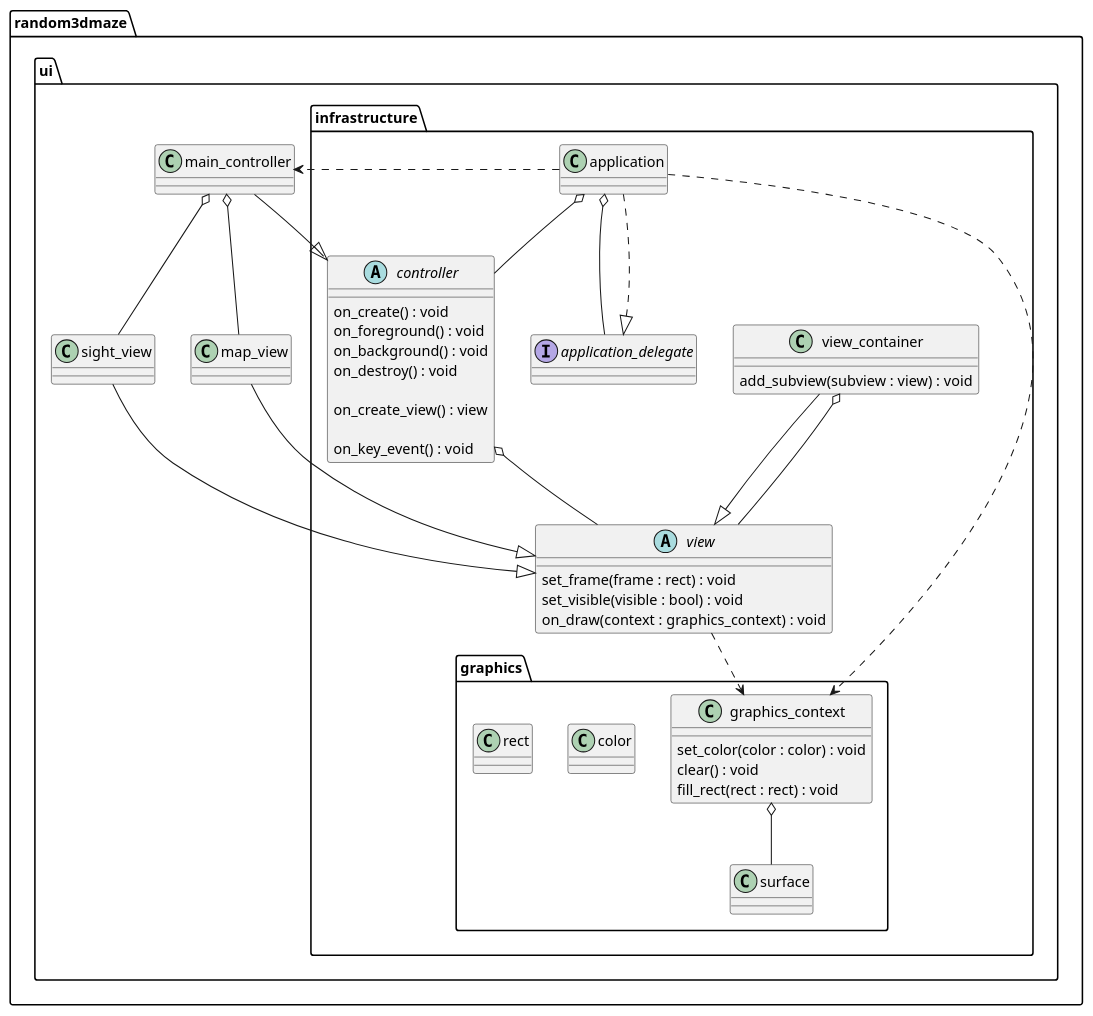
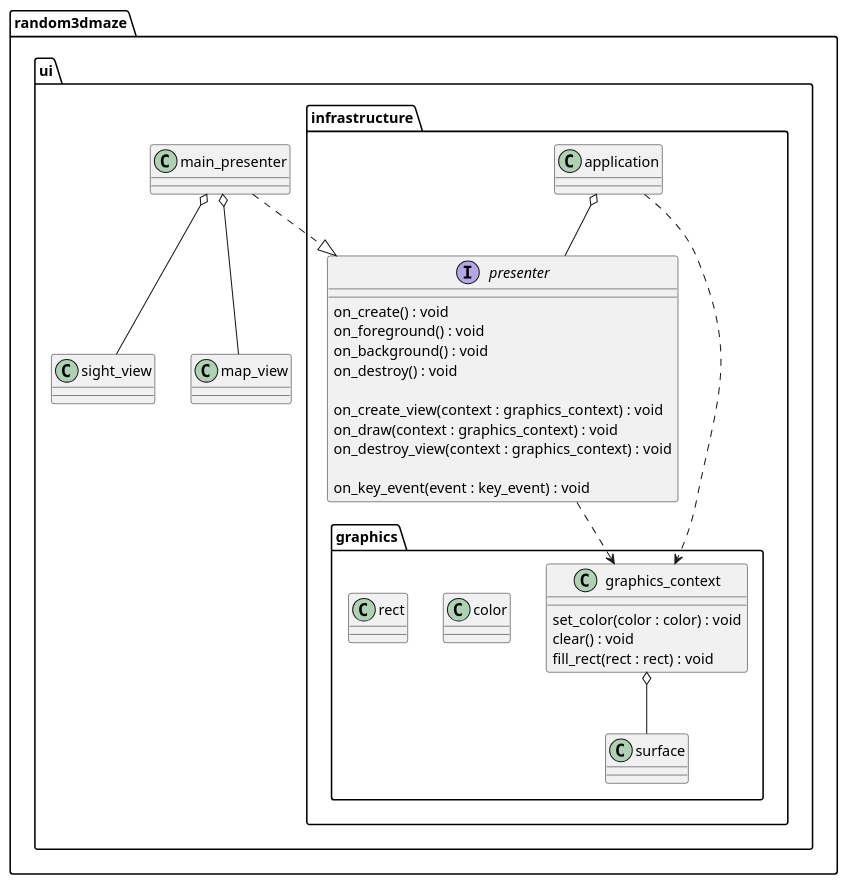
One commit to portown/Random3dMaze changed the diagram in doc/ui_architecture.plantuml. Above: the diagram before and after it, drawn with PlantUML.

Commit message:
Simplify the UI architecture

```diff
--- a/doc/ui_architecture.plantuml
+++ b/doc/ui_architecture.plantuml
@@ -1,71 +1,50 @@
 @startuml
 
 namespace random3dmaze {
   namespace ui {
     namespace infrastructure {
-      interface application_delegate {
-      }
-
-      abstract class controller {
+      interface presenter {
         on_create() : void
         on_foreground() : void
         on_background() : void
         on_destroy() : void
 
-        on_create_view() : view
+        on_create_view(context : graphics_context) : void
+        on_draw(context : graphics_context) : void
+        on_destroy_view(context : graphics_context) : void
 
-        on_key_event() : void
-      }
-
-      abstract class view {
-        set_frame(frame : rect) : void
-        set_visible(visible : bool) : void
-        on_draw(context : graphics_context) : void
-      }
-
-      class view_container {
-        add_subview(subview : view) : void
+        on_key_event(event : key_event) : void
       }
 
       namespace graphics {
         class graphics_context {
           set_color(color : color) : void
           clear() : void
           fill_rect(rect : rect) : void
         }
 
         class surface {
         }
 
         class color {
         }
 
         class rect {
         }
 
         graphics_context o-- surface
       }
 
-      application o-- application_delegate
-      application o-- controller
+      application o-- presenter
       application ..> graphics.graphics_context
 
-      controller o-- view
-      view ..> graphics.graphics_context
-      view_container --|> view
-      view_container o-- view
+      presenter ..> graphics.graphics_context
     }
 
-    application ..|> infrastructure.application_delegate
-    application ..> main_controller
-
-    main_controller --|> infrastructure.controller
-    main_controller o-- sight_view
-    main_controller o-- map_view
-
-    sight_view --|> infrastructure.view
-    map_view --|> infrastructure.view
+    main_presenter ..|> infrastructure.presenter
+    main_presenter o-- sight_view
+    main_presenter o-- map_view
   }
 }
 
 @enduml
```
